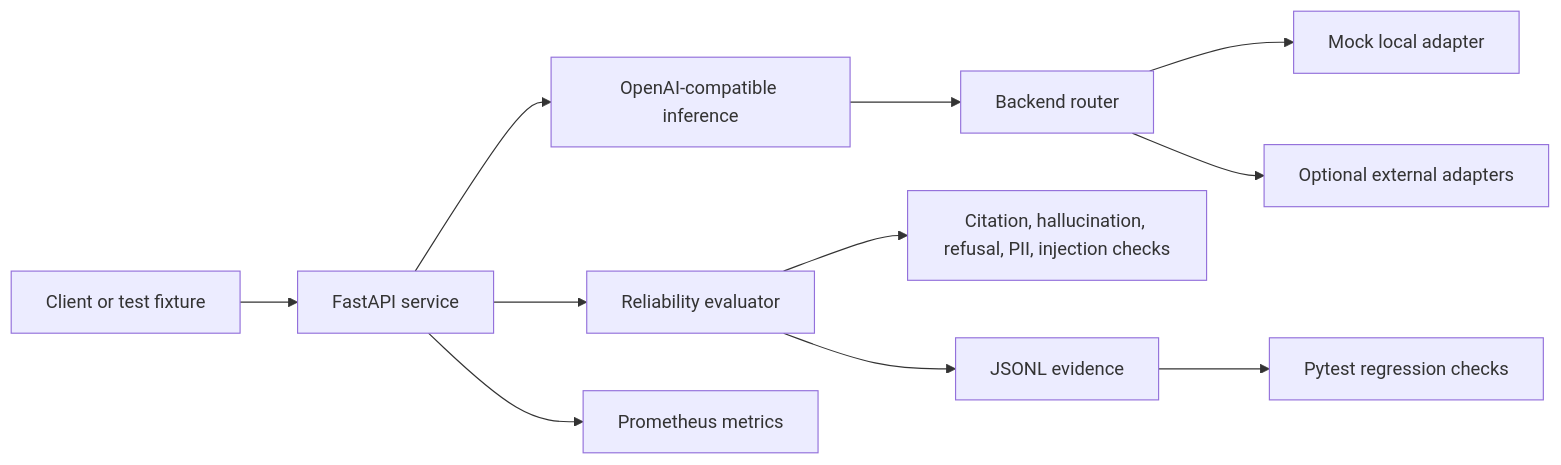
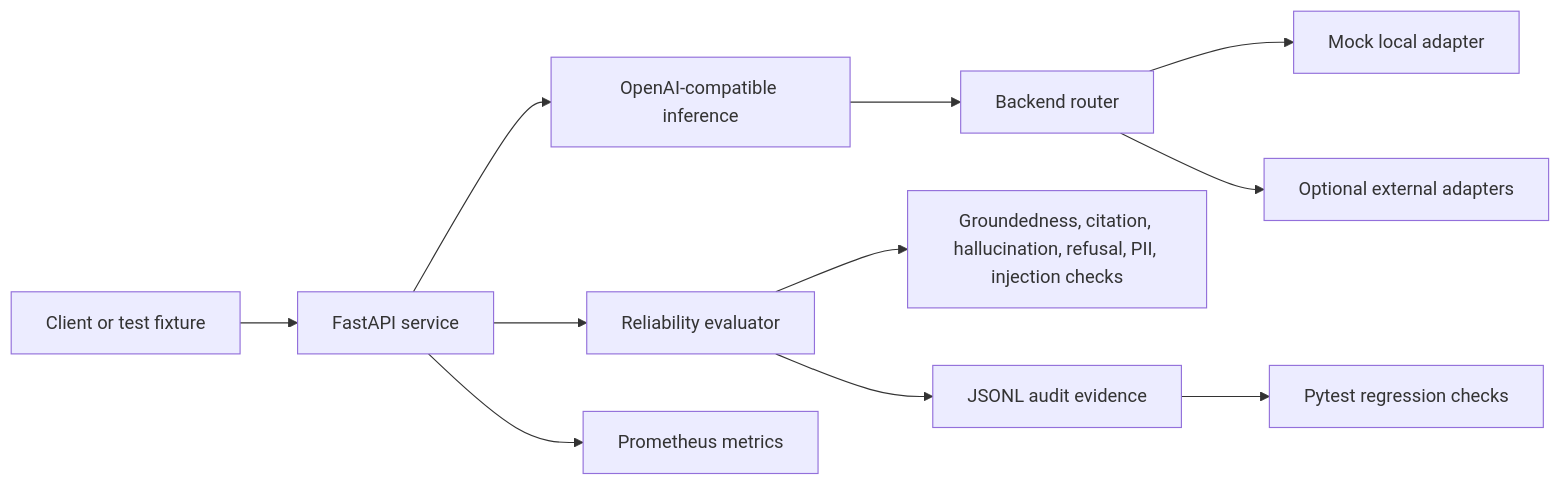
One commit to Electricpaper77/ai-rag-eval-platform changed the diagram in README.md. Above: the diagram before and after it, drawn with Mermaid. The commit also changed other lines of this file, not shown here.

````diff
--- a/README.md
+++ b/README.md
@@ -122,13 +157,13 @@
 ```mermaid
 flowchart LR
     Client["Client or test fixture"] --> API["FastAPI service"]
     API --> Inference["OpenAI-compatible inference"]
     API --> Evaluator["Reliability evaluator"]
     Inference --> Router["Backend router"]
     Router --> Mock["Mock local adapter"]
     Router --> External["Optional external adapters"]
-    Evaluator --> Rules["Citation, hallucination, refusal, PII, injection checks"]
-    Evaluator --> JSONL["JSONL evidence"]
+    Evaluator --> Rules["Groundedness, citation, hallucination, refusal, PII, injection checks"]
+    Evaluator --> JSONL["JSONL audit evidence"]
     API --> Metrics["Prometheus metrics"]
     JSONL --> Tests["Pytest regression checks"]
 ```
````
